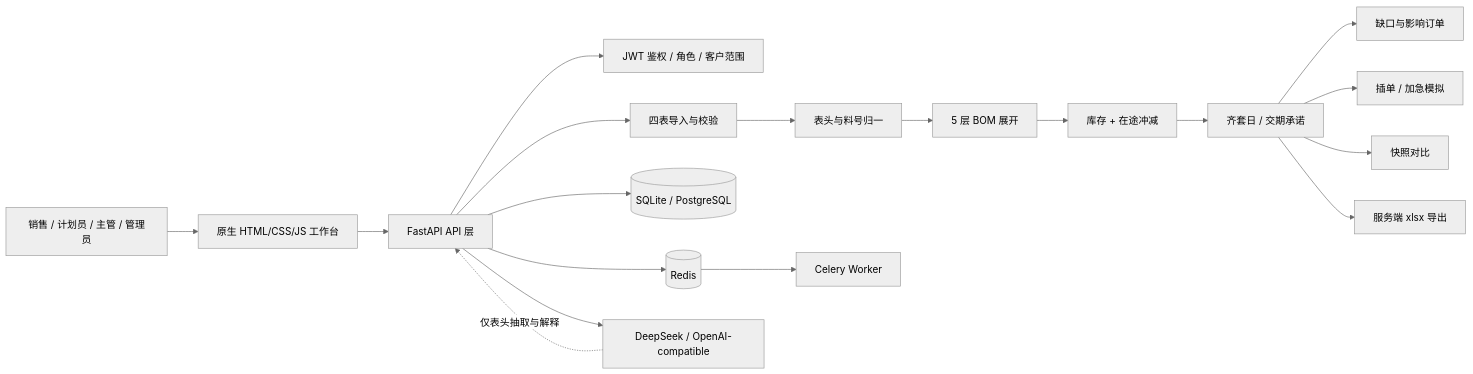
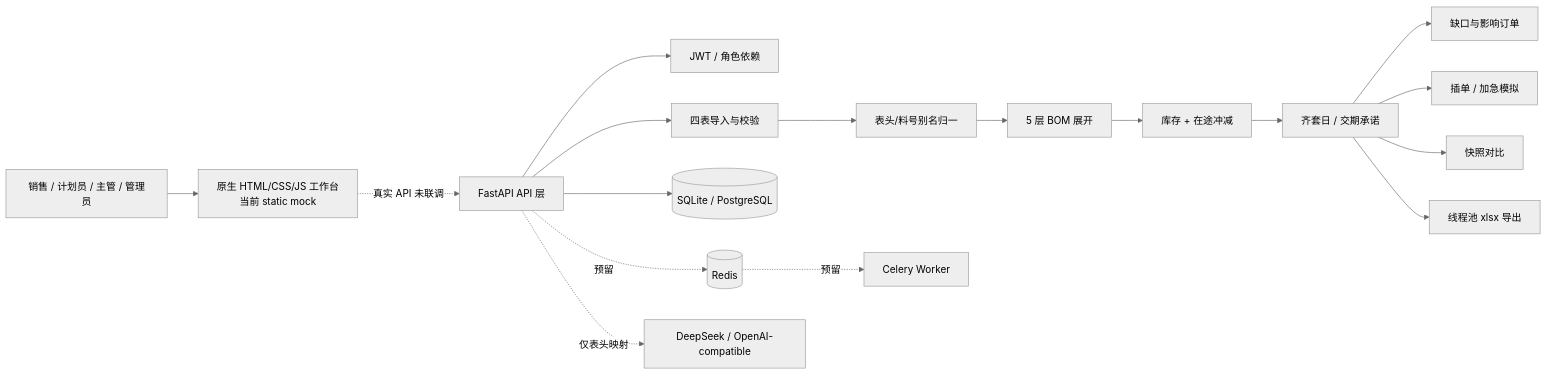
One commit to Xxxnickname/delivery-promise-system changed the diagram in README.md. Above: the diagram before and after it, drawn with Mermaid (neutral theme). The commit also changed other lines of this file and 14 other files, not shown here.

````diff
--- a/README.md
+++ b/README.md
@@ -75,20 +452,19 @@
 ```mermaid
 flowchart LR
-    U[销售 / 计划员 / 主管 / 管理员] --> WEB[原生 HTML/CSS/JS 工作台]
-    WEB --> API[FastAPI API 层]
-    API --> AUTH[JWT 鉴权 / 角色 / 客户范围]
+    U[销售 / 计划员 / 主管 / 管理员] --> WEB[原生 HTML/CSS/JS 工作台<br/>当前 static mock]
+    WEB -. 真实 API 未联调 .-> API[FastAPI API 层]
+    API --> AUTH[JWT / 角色依赖]
     API --> IMPORT[四表导入与校验]
-    IMPORT --> ALIAS[表头与料号归一]
+    IMPORT --> ALIAS[表头/料号别名归一]
     ALIAS --> BOM[5 层 BOM 展开]
     BOM --> SUPPLY[库存 + 在途冲减]
     SUPPLY --> PROMISE[齐套日 / 交期承诺]
     PROMISE --> GAP[缺口与影响订单]
     PROMISE --> SIM[插单 / 加急模拟]
     PROMISE --> SNAP[快照对比]
-    PROMISE --> EXPORT[服务端 xlsx 导出]
+    PROMISE --> EXPORT[线程池 xlsx 导出]
     API --> DB[(SQLite / PostgreSQL)]
-    API --> REDIS[(Redis)]
-    REDIS --> WORKER[Celery Worker]
-    API --> LLM[DeepSeek / OpenAI-compatible]
-    LLM -. 仅表头抽取与解释 .-> API
+    API -. 预留 .-> REDIS[(Redis)]
+    REDIS -. 预留 .-> WORKER[Celery Worker]
+    API -. 仅表头映射 .-> LLM[DeepSeek / OpenAI-compatible]
 ```
````
